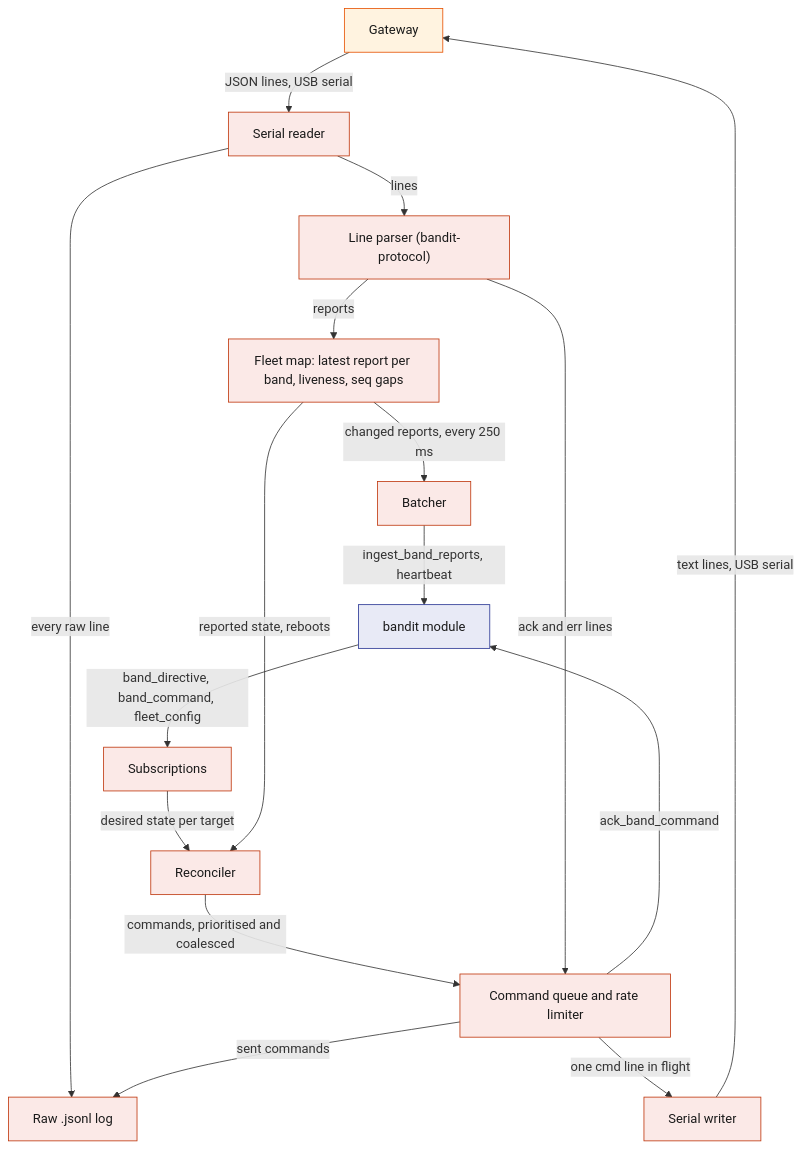
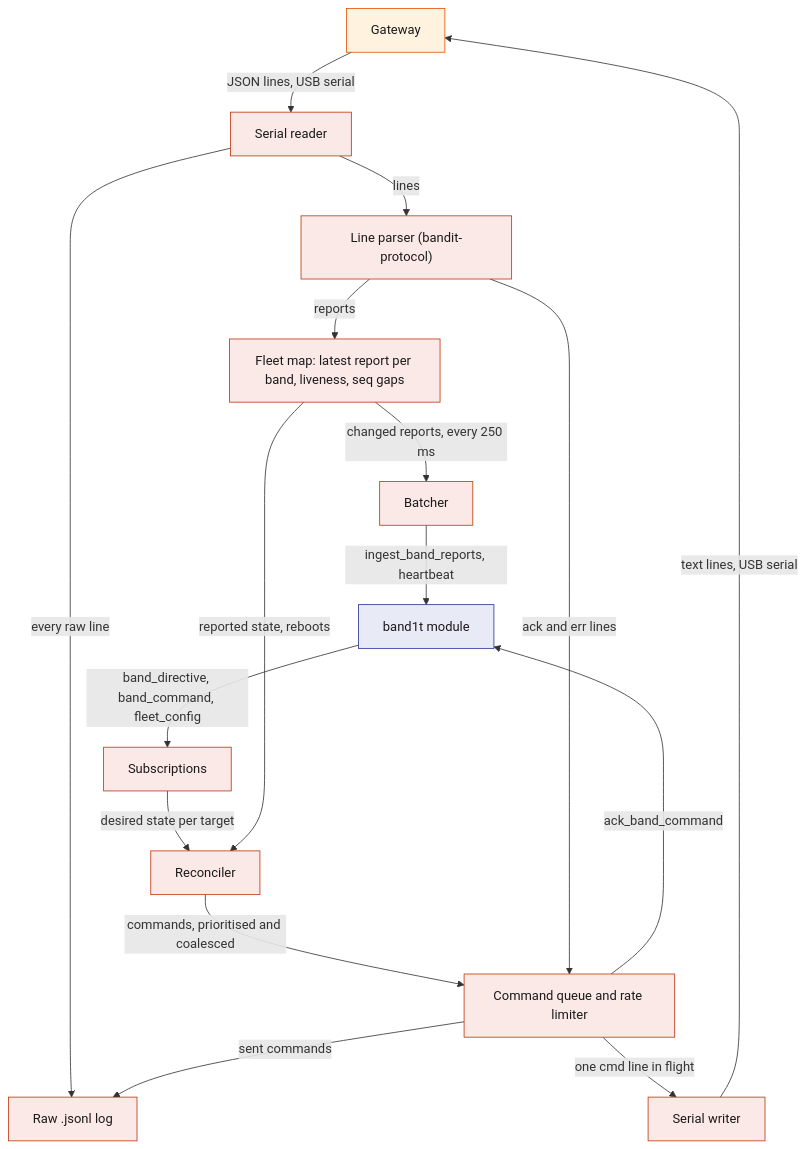
The first of 4 diagrams in System Design/3-services/Gateway-Bridge.md (viktorinkov/cal-hacks-13), drawn with Mermaid before and after one commit. The commit also changed other lines of this file and 21 other files, not shown here.

````diff
--- a/System Design/3-services/Gateway-Bridge.md
+++ b/System Design/3-services/Gateway-Bridge.md
@@ -63,24 +63,24 @@
 ```mermaid
 flowchart TB
     GW["Gateway"] -->|"JSON lines, USB serial"| RD["Serial reader"]
     RD -->|"every raw line"| LOG["Raw .jsonl log"]
     RD -->|"lines"| PA["Line parser (bandit-protocol)"]
     PA -->|"reports"| FM["Fleet map: latest report per band, liveness, seq gaps"]
     FM -->|"changed reports, every 250 ms"| BT["Batcher"]
-    BT -->|"ingest_band_reports, heartbeat"| STDB["bandit module"]
+    BT -->|"ingest_band_reports, heartbeat"| STDB["band1t module"]
     STDB -->|"band_directive, band_command, fleet_config"| SUB["Subscriptions"]
     SUB -->|"desired state per target"| RC["Reconciler"]
     FM -->|"reported state, reboots"| RC
     RC -->|"commands, prioritised and coalesced"| Q["Command queue and rate limiter"]
     Q -->|"one cmd line in flight"| WR["Serial writer"]
     WR -->|"text lines, USB serial"| GW
     PA -->|"ack and err lines"| Q
     Q -->|"ack_band_command"| STDB
     Q -->|"sent commands"| LOG
     classDef device fill:#FFF3E0,stroke:#E65100,color:#1A1A1A
     classDef rust fill:#FBE9E7,stroke:#BF360C,color:#1A1A1A
     classDef stdb fill:#E8EAF6,stroke:#283593,color:#1A1A1A
     class GW device
     class RD,LOG,PA,FM,BT,SUB,RC,Q,WR rust
     class STDB stdb
 ```
````
